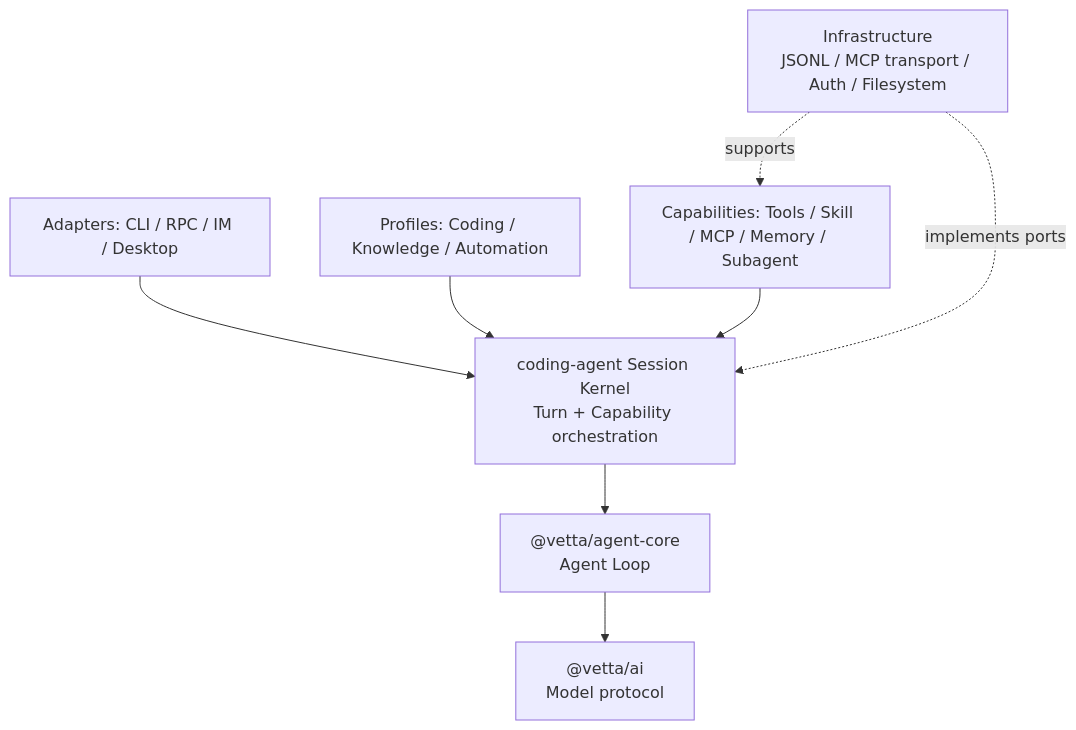
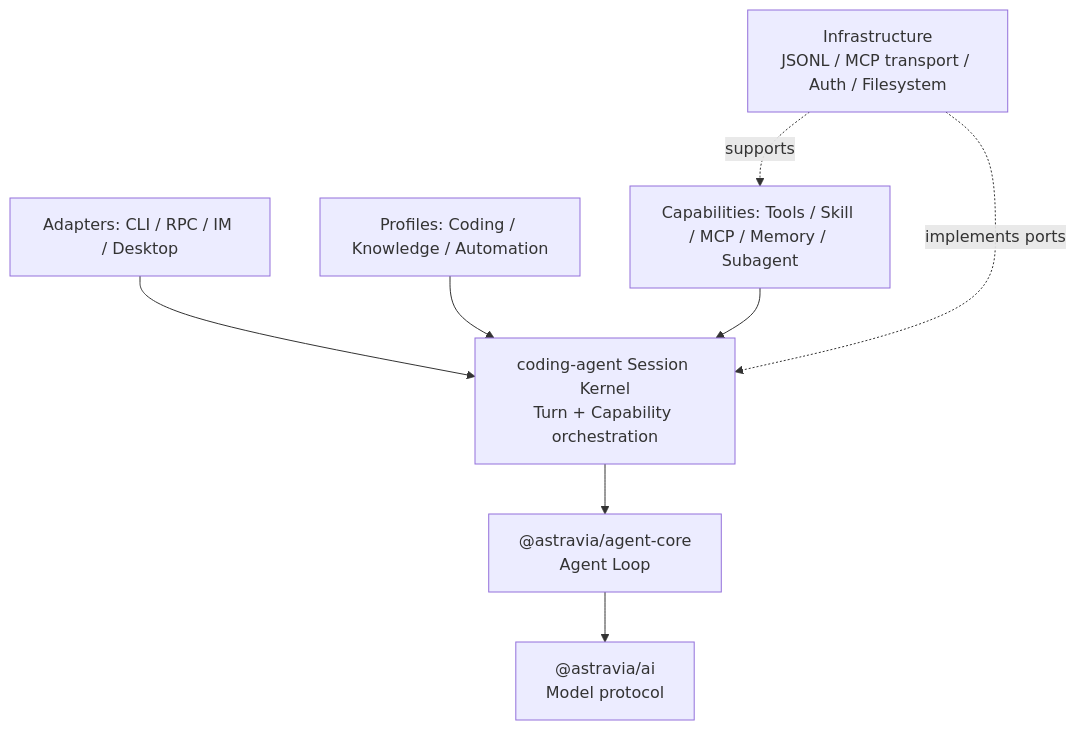
Before and after one commit to Leviathangk/open-astravia: the second of 2 diagrams in docs/agent/coding-agent/02-core-boundary-analysis.md, drawn with Mermaid. The commit also changed other lines of this file and 5930 other files, not shown here.

````diff
--- a/docs/agent/coding-agent/02-core-boundary-analysis.md
+++ b/docs/agent/coding-agent/02-core-boundary-analysis.md
@@ -275,18 +275,18 @@
 ```mermaid
 flowchart TB
     Adapters["Adapters: CLI / RPC / IM / Desktop"]
     Profiles["Profiles: Coding / Knowledge / Automation"]
     Capabilities["Capabilities: Tools / Skill / MCP / Memory / Subagent"]
     Kernel["coding-agent Session Kernel<br/>Turn + Capability orchestration"]
-    Agent["@vetta/agent-core<br/>Agent Loop"]
-    AI["@vetta/ai<br/>Model protocol"]
+    Agent["@astravia/agent-core<br/>Agent Loop"]
+    AI["@astravia/ai<br/>Model protocol"]
     Infra["Infrastructure<br/>JSONL / MCP transport / Auth / Filesystem"]
 
     Adapters --> Kernel
     Profiles --> Kernel
     Capabilities --> Kernel
     Kernel --> Agent
     Agent --> AI
     Infra -. "implements ports" .-> Kernel
     Infra -. "supports" .-> Capabilities
 ```
````
